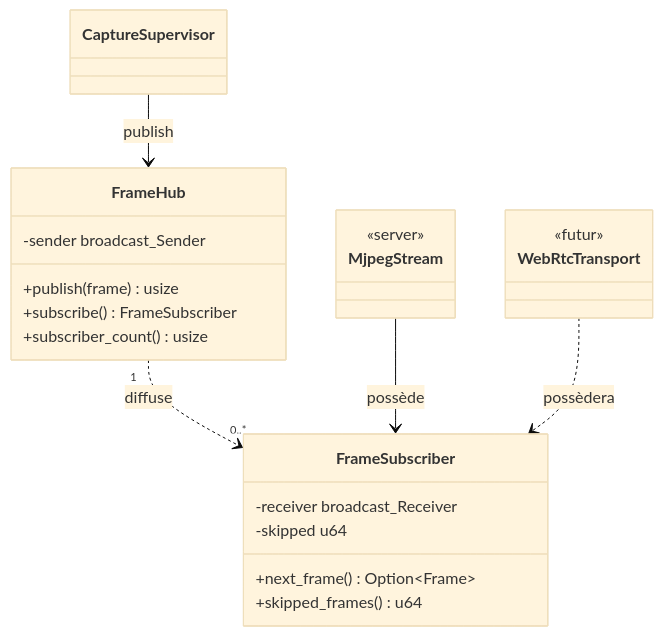
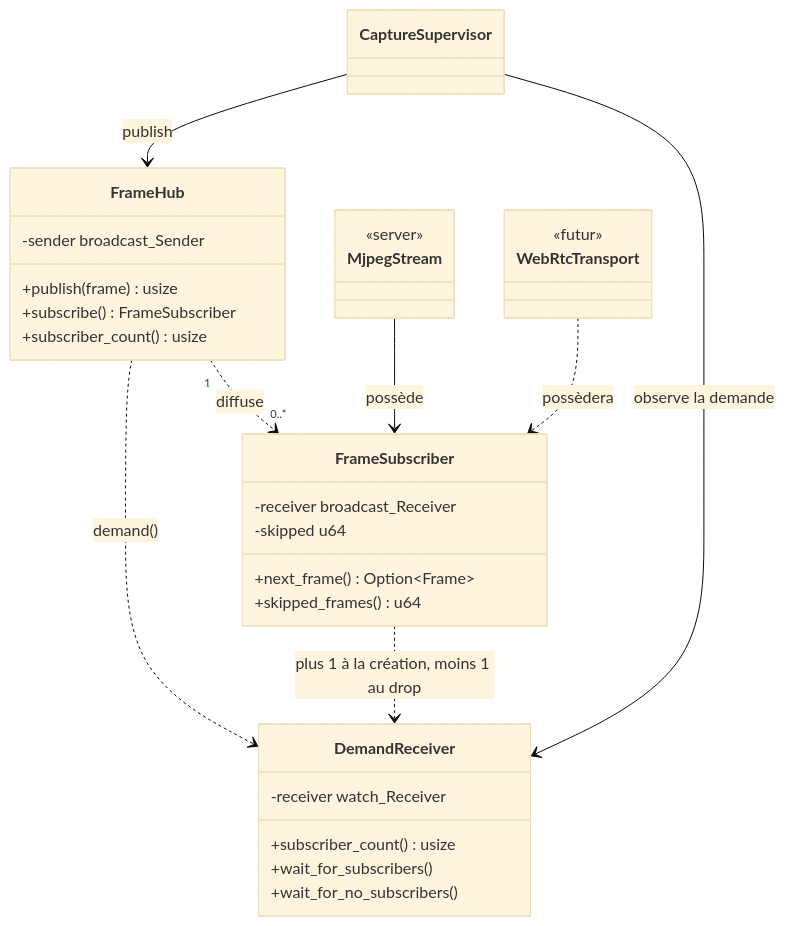
Before and after one commit to jprecigout/camstream: the second of 9 diagrams in docs/design-patterns.md, drawn with Mermaid (base theme). The commit also changed other lines of this file and 8 other files, not shown here.

First line of the commit message:
docs(architecture): intégrer les décisions v1 et ajouter les ADR 0006 et 0007

````diff
--- a/docs/design-patterns.md
+++ b/docs/design-patterns.md
@@ -70,26 +75,35 @@
 ```mermaid
 classDiagram
     class FrameHub {
         -sender broadcast_Sender
         +publish(frame) usize
         +subscribe() FrameSubscriber
         +subscriber_count() usize
     }
     class FrameSubscriber {
         -receiver broadcast_Receiver
         -skipped u64
         +next_frame() Option~Frame~
         +skipped_frames() u64
     }
     class CaptureSupervisor
+    class DemandReceiver {
+        -receiver watch_Receiver
+        +subscriber_count() usize
+        +wait_for_subscribers()
+        +wait_for_no_subscribers()
+    }
     class MjpegStream {
         <<server>>
     }
     class WebRtcTransport {
         <<futur>>
     }
     CaptureSupervisor --> FrameHub : publish
+    FrameHub ..> DemandReceiver : demand()
+    CaptureSupervisor --> DemandReceiver : observe la demande
+    FrameSubscriber ..> DemandReceiver : plus 1 à la création, moins 1 au drop
     FrameHub "1" ..> "0..*" FrameSubscriber : diffuse
     MjpegStream --> FrameSubscriber : possède
     WebRtcTransport ..> FrameSubscriber : possèdera
 ```
````
